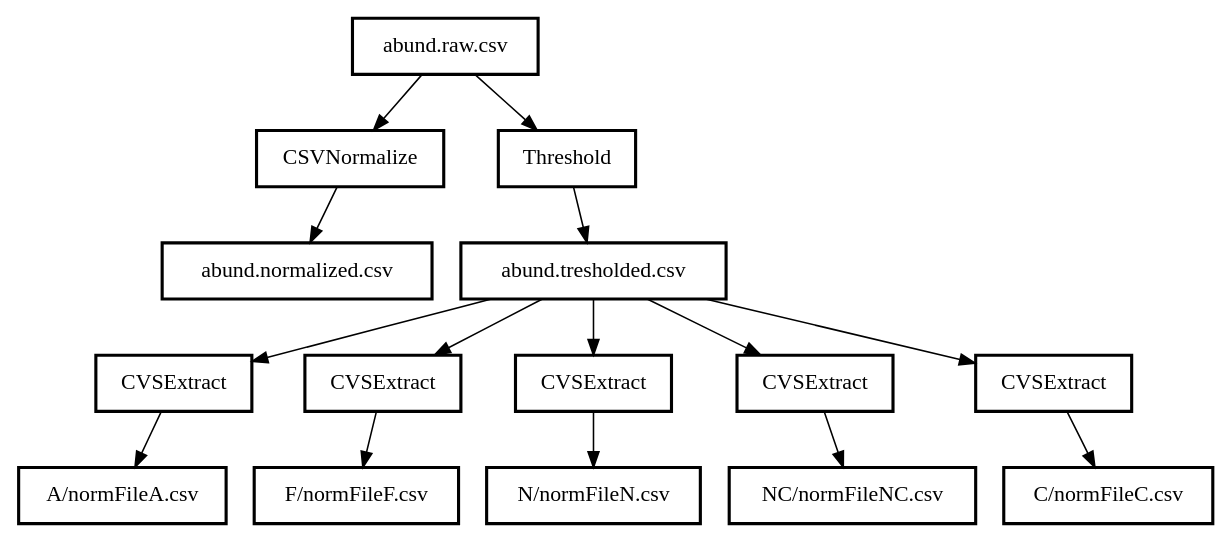
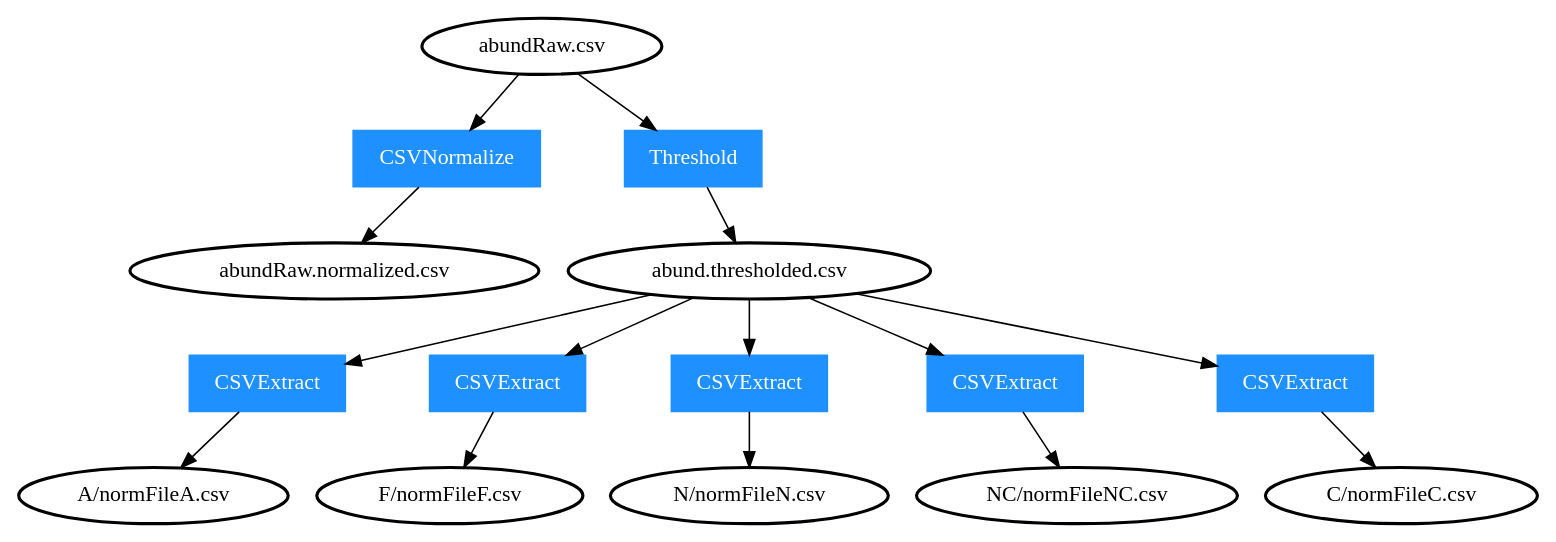
The diagram in 01_Parameters_DifferentFolder/mock/mockup.dot (movingpictures83/PipeViz), drawn with Graphviz before and after one commit.

```diff
--- a/01_Parameters_DifferentFolder/mock/mockup.dot
+++ b/01_Parameters_DifferentFolder/mock/mockup.dot
@@ -1,15 +1,17 @@
 digraph G {
-	node [style=bold, shape=box];
-	1 [label="CVSExtract"];
-	2 [label="CVSExtract"];
-	3 [label="CVSExtract"];
-	4 [label="CVSExtract"];
-	5 [label="CVSExtract"];
-	"abund.raw.csv"->"CSVNormalize"->"abund.normalized.csv";
-	"abund.raw.csv"->"Threshold"->"abund.tresholded.csv";
-	"abund.tresholded.csv"->"1"->"A/normFileA.csv";
-	"abund.tresholded.csv"->"2"->"F/normFileF.csv";
-	"abund.tresholded.csv"->"3"->"N/normFileN.csv";
-	"abund.tresholded.csv"->"4"->"NC/normFileNC.csv";
-	"abund.tresholded.csv"->"5"->"C/normFileC.csv";
+	node [style=bold];
+	"abundRaw.csv"->"0"->"abundRaw.normalized.csv";
+	"abundRaw.csv"->"1"->"abund.thresholded.csv";
+	"abund.thresholded.csv"->"2"->"A/normFileA.csv";
+	"abund.thresholded.csv"->"3"->"F/normFileF.csv";
+	"abund.thresholded.csv"->"4"->"N/normFileN.csv";
+	"abund.thresholded.csv"->"5"->"NC/normFileNC.csv";
+	"abund.thresholded.csv"->"6"->"C/normFileC.csv";
+	"0" [label="CSVNormalize", shape=box, color=dodgerblue1, fontcolor=white, style=filled];
+	"1" [label="Threshold", shape=box, color=dodgerblue1, fontcolor=white, style=filled];
+	"2" [label="CSVExtract", shape=box, color=dodgerblue1, fontcolor=white, style=filled];
+	"3" [label="CSVExtract", shape=box, color=dodgerblue1, fontcolor=white, style=filled];
+	"4" [label="CSVExtract", shape=box, color=dodgerblue1, fontcolor=white, style=filled];
+	"5" [label="CSVExtract", shape=box, color=dodgerblue1, fontcolor=white, style=filled];
+	"6" [label="CSVExtract", shape=box, color=dodgerblue1, fontcolor=white, style=filled];
 }
```
